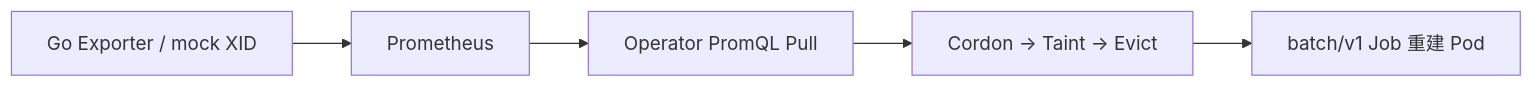
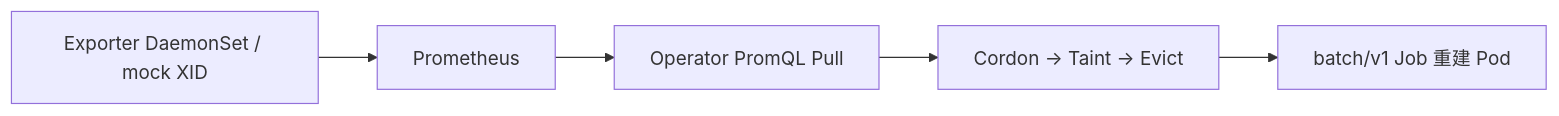
The diagram in docs/interview-pitch.md (22-7-co/AI-k8s-Platform), drawn with Mermaid before and after one commit. The commit also changed other lines of this file and 31 other files, not shown here.

````diff
--- a/docs/interview-pitch.md
+++ b/docs/interview-pitch.md
@@ -11,7 +38,7 @@
 ```mermaid
 flowchart LR
-  Exporter[Go Exporter / mock XID] --> Prom[Prometheus]
+  Exporter[Exporter DaemonSet / mock XID] --> Prom[Prometheus]
   Prom --> Op[Operator PromQL Pull]
   Op --> H[Cordon → Taint → Evict]
   H --> Job[batch/v1 Job 重建 Pod]
 ```
````
